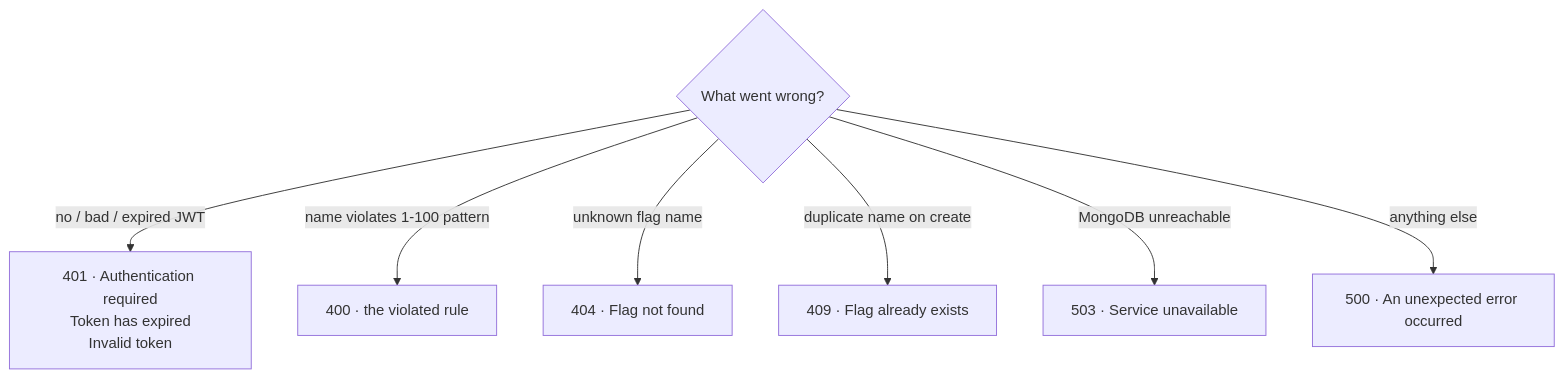
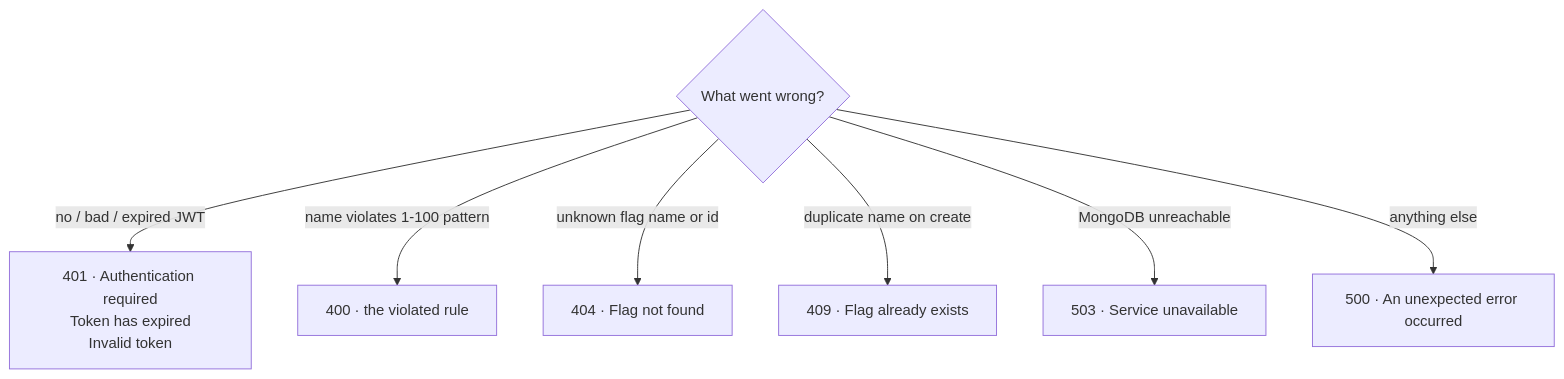
One commit to nitinryali/FF-Service changed the fourth of 4 diagrams in README.md. Above: the diagram before and after it, drawn with Mermaid. The commit also changed other lines of this file and 5 other files, not shown here.

````diff
--- a/README.md
+++ b/README.md
@@ -424,10 +428,10 @@
 ```mermaid
 flowchart TD
     E{"What went wrong?"}
     E -->|"no / bad / expired JWT"| N401["401 · Authentication required<br/>Token has expired<br/>Invalid token"]
     E -->|"name violates 1-100 pattern"| N400["400 · the violated rule"]
-    E -->|"unknown flag name"| N404["404 · Flag not found"]
+    E -->|"unknown flag name or id"| N404["404 · Flag not found"]
     E -->|"duplicate name on create"| N409["409 · Flag already exists"]
     E -->|"MongoDB unreachable"| N503["503 · Service unavailable"]
     E -->|"anything else"| N500["500 · An unexpected error occurred"]
 ```
````
